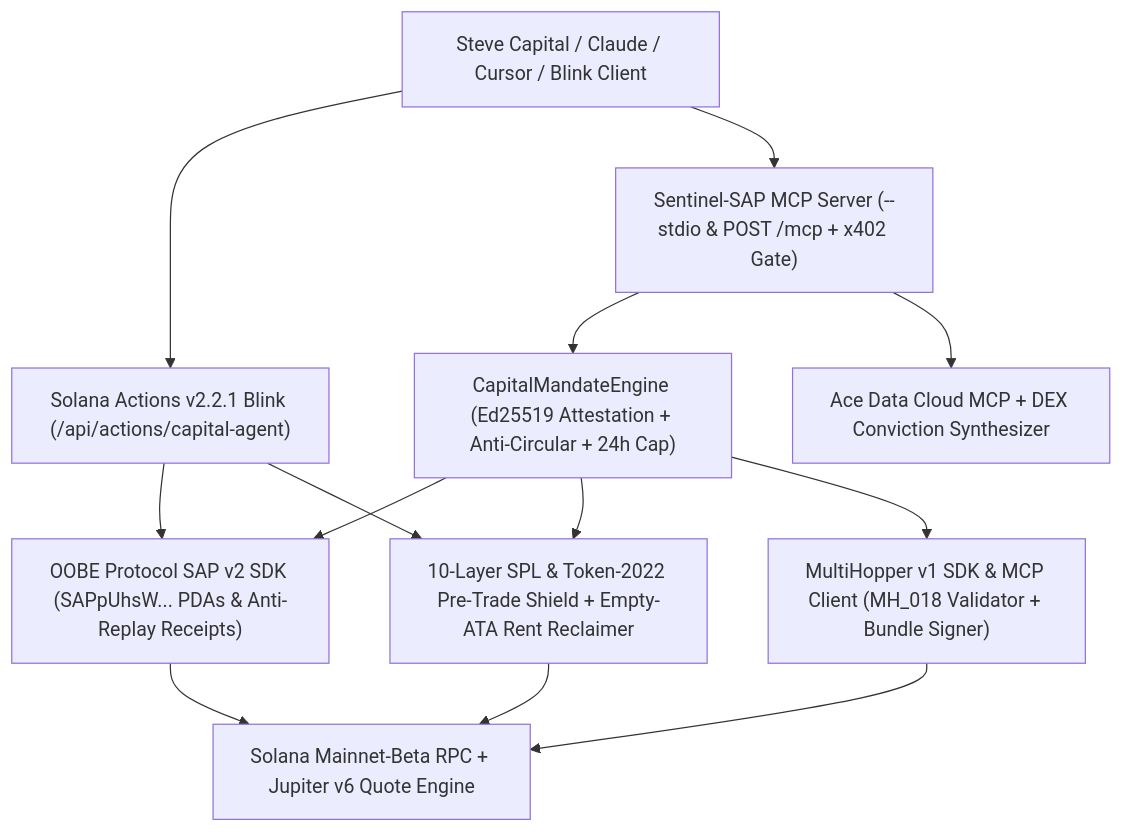
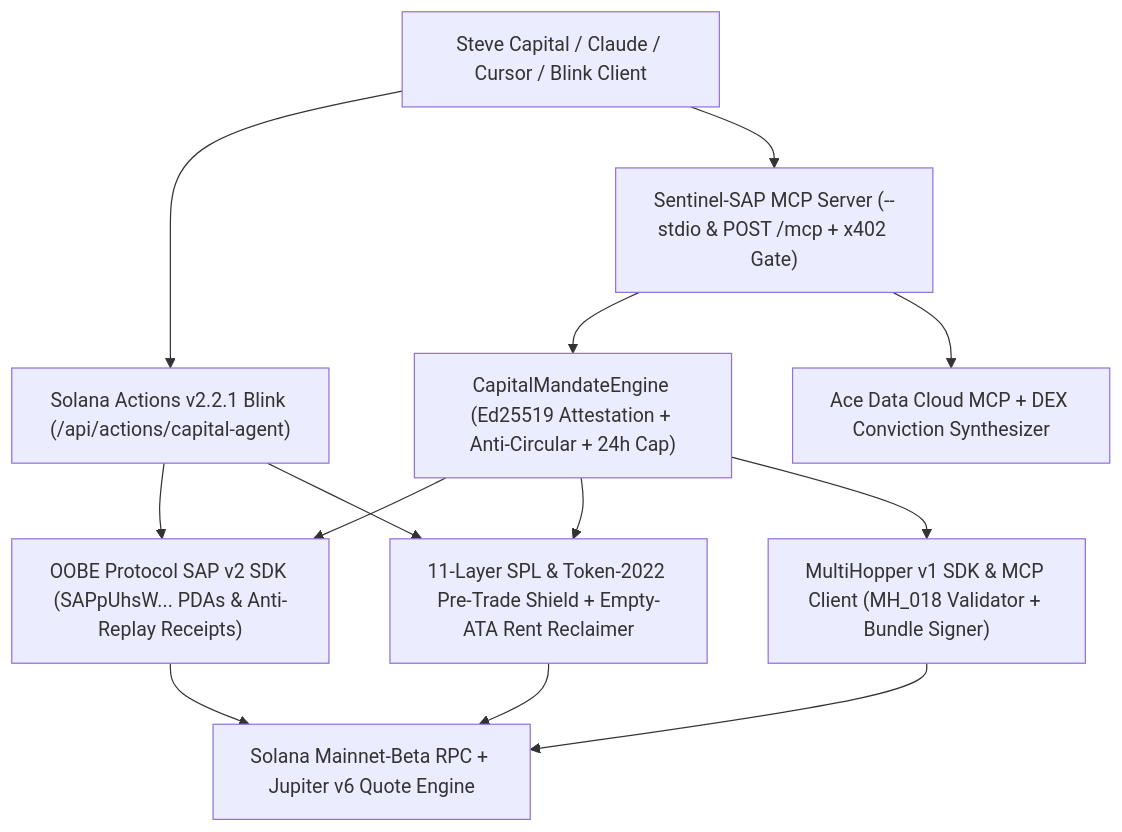
One commit to sonnyman2014/sentinel-sap-autonomous-capital-agent changed the diagram in README.md. Above: the diagram before and after it, drawn with Mermaid. The commit also changed other lines of this file and 13 other files, not shown here.

Commit message:
feat(shield): upgrade to 11-Layer SPL/Token-2022 & Block-0 Sybil Cluster Defense

````diff
--- a/README.md
+++ b/README.md
@@ -29,25 +29,25 @@
 ```mermaid
 flowchart TD
     UserOrLLM["Steve Capital / Claude / Cursor / Blink Client"]
     Blink["Solana Actions v2.2.1 Blink (/api/actions/capital-agent)"]
     MCP["Sentinel-SAP MCP Server (--stdio & POST /mcp + x402 Gate)"]
     Mandate["CapitalMandateEngine (Ed25519 Attestation + Anti-Circular + 24h Cap)"]
     SAP["OOBE Protocol SAP v2 SDK (SAPpUhsW... PDAs & Anti-Replay Receipts)"]
-    Shield["10-Layer SPL & Token-2022 Pre-Trade Shield + Empty-ATA Rent Reclaimer"]
+    Shield["11-Layer SPL & Token-2022 Pre-Trade Shield + Empty-ATA Rent Reclaimer"]
     MH["MultiHopper v1 SDK & MCP Client (MH_018 Validator + Bundle Signer)"]
     Ace["Ace Data Cloud MCP + DEX Conviction Synthesizer"]
     Solana["Solana Mainnet-Beta RPC + Jupiter v6 Quote Engine"]
 
     UserOrLLM --> Blink
     UserOrLLM --> MCP
     Blink --> SAP
     Blink --> Shield
     MCP --> Mandate
     Mandate --> SAP
     Mandate --> Shield
     Mandate --> MH
     MCP --> Ace
     Shield --> Solana
     MH --> Solana
     SAP --> Solana
 ```
````
